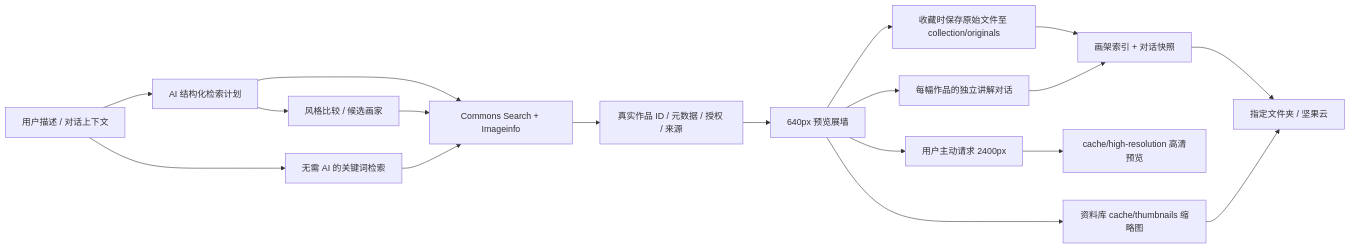
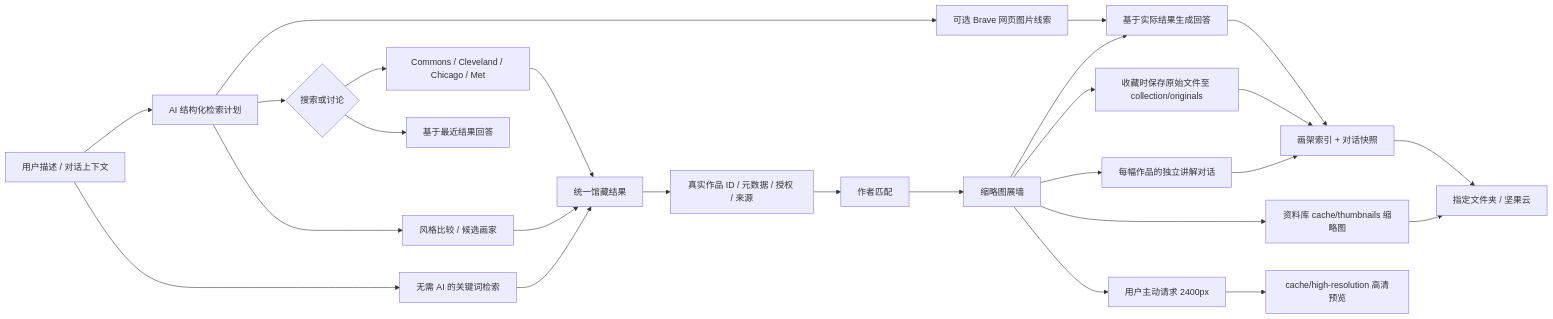
One commit to postgreenHuang/ArtGallery changed the diagram in docs/architecture.md. Above: the diagram before and after it, drawn with Mermaid. The commit also changed other lines of this file and 18 other files, not shown here.

Commit message:
Enhance curator context and save review pipeline draft with plan

````diff
--- a/docs/architecture.md
+++ b/docs/architecture.md
@@ -17,20 +17,28 @@
 ```mermaid
 flowchart LR
   User[用户描述 / 对话上下文] --> Plan[AI 结构化检索计划]
   User --> Direct[无需 AI 的关键词检索]
-  Plan --> Commons[Commons Search + Imageinfo]
+  Plan --> Route{搜索或讨论}
+  Route --> Sources[Commons / Cleveland / Chicago / Met]
+  Route --> Discuss[基于最近结果回答]
+  Sources --> Commons[统一馆藏结果]
+  Plan --> Web[可选 Brave 网页图片线索]
+  Web --> Answer[基于实际结果生成回答]
   Plan --> Recommend[风格比较 / 候选画家]
   Recommend --> Commons
   Direct --> Commons
   Commons --> Normalize[真实作品 ID / 元数据 / 授权 / 来源]
-  Normalize --> Gallery[640px 预览展墙]
+  Normalize --> Match[作者匹配]
+  Match --> Gallery[缩略图展墙]
+  Gallery --> Answer
+  Answer --> Save
   Gallery --> Cache[资料库 cache/thumbnails 缩略图]
   Gallery --> HD[用户主动请求 2400px]
   HD --> Preview[cache/high-resolution 高清预览]
   Gallery --> Explain[每幅作品的独立讲解对话]
   Gallery --> Original[收藏时保存原始文件至 collection/originals]
   Original --> Save[画架索引 + 对话快照]
   Explain --> Save
   Save --> Folder[指定文件夹 / 坚果云]
   Cache --> Folder
 ```
````
